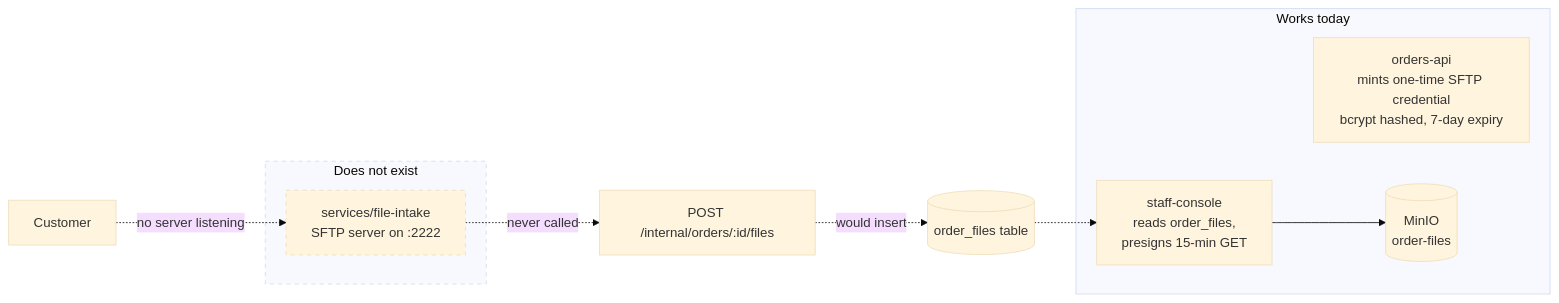
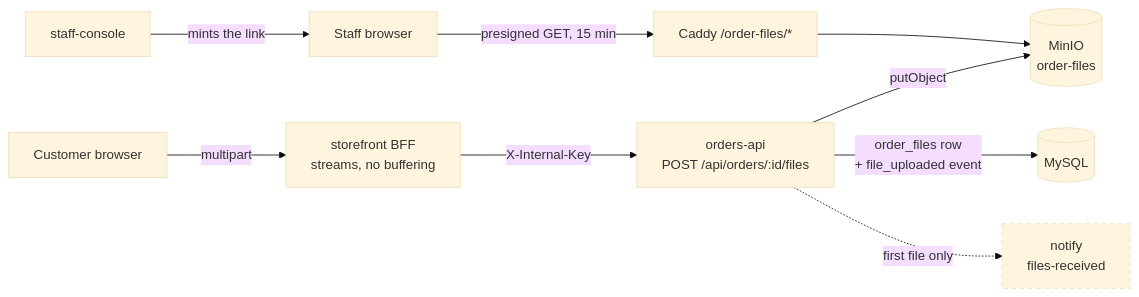
The sixth of 6 diagrams in docs/architecture.md (ak-spears/team-404), drawn with Mermaid (base theme) before and after one commit. The commit also changed other lines of this file and 5 other files, not shown here.

````diff
--- a/docs/architecture.md
+++ b/docs/architecture.md
@@ -227,21 +230,14 @@
 ```mermaid
 flowchart LR
-    subgraph works["Works today"]
-        api["orders-api<br/>mints one-time SFTP credential<br/>bcrypt hashed, 7-day expiry"]
-        sc["staff-console<br/>reads order_files,<br/>presigns 15-min GET"]
-        minio[("MinIO<br/>order-files")]
-        sc --> minio
-    end
+    cust["Customer browser"] -->|"multipart"| sf["storefront BFF<br/>streams, no buffering"]
+    sf -->|"X-Internal-Key"| api["orders-api<br/>POST /api/orders/:id/files"]
+    api -->|"putObject"| minio[("MinIO<br/>order-files")]
+    api -->|"order_files row<br/>+ file_uploaded event"| mysql[("MySQL")]
+    api -.->|"first file only"| notify["notify<br/>files-received"]
 
-    subgraph missing["Does not exist"]
-        intake["services/file-intake<br/>SFTP server on :2222"]
-    end
+    staff["Staff browser"] -->|"presigned GET, 15 min"| caddy["Caddy /order-files/*"]
+    caddy --> minio
+    sc["staff-console"] -->|"mints the link"| staff
 
-    cust["Customer"] -.->|"no server listening"| intake
-    intake -.->|"never called"| upload["POST /internal/orders/:id/files"]
-    upload -.->|"would insert"| files[("order_files table")]
-    files -.-> sc
-
-    style missing stroke-dasharray: 5 5
-    style intake stroke-dasharray: 5 5
+    style notify stroke-dasharray: 5 5
 ```
````
